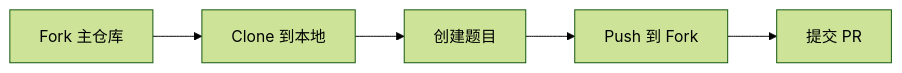
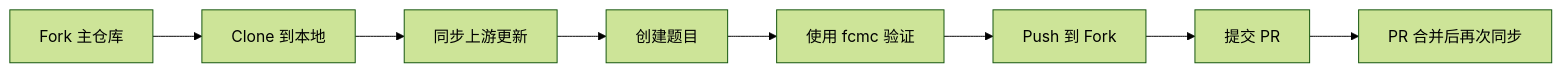
One commit to FloatCTF/challenges-202510-freshcup changed the diagram in README.md. Above: the diagram before and after it, drawn with Mermaid (forest theme). The commit also changed other lines of this file, not shown here.

````diff
--- a/README.md
+++ b/README.md
@@ -34,7 +35,10 @@
 ```mermaid
 graph LR
     A[Fork 主仓库] --> B[Clone 到本地]
-    B --> C[创建题目]
-    C --> D[Push 到 Fork]
-    D --> E[提交 PR]
+    B --> C[同步上游更新]
+    C --> D[创建题目]
+    D --> E[使用 fcmc 验证]
+    E --> F[Push 到 Fork]
+    F --> G[提交 PR]
+    G --> H[PR 合并后再次同步]
 ```
````
